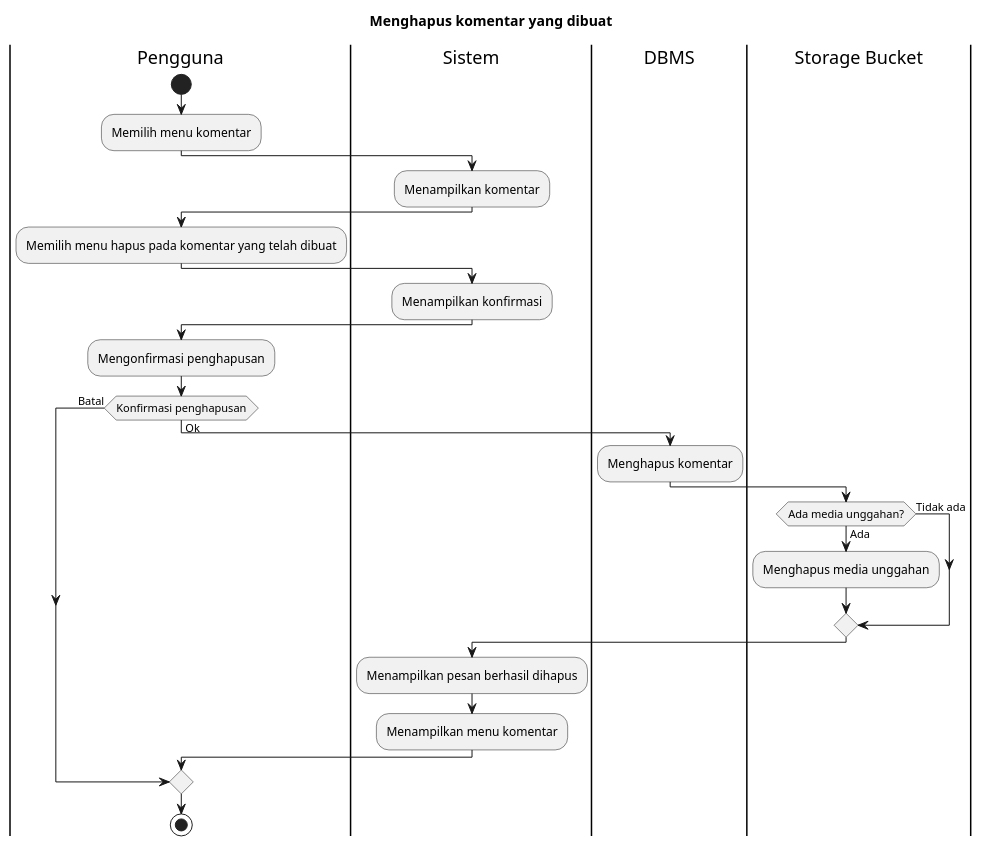
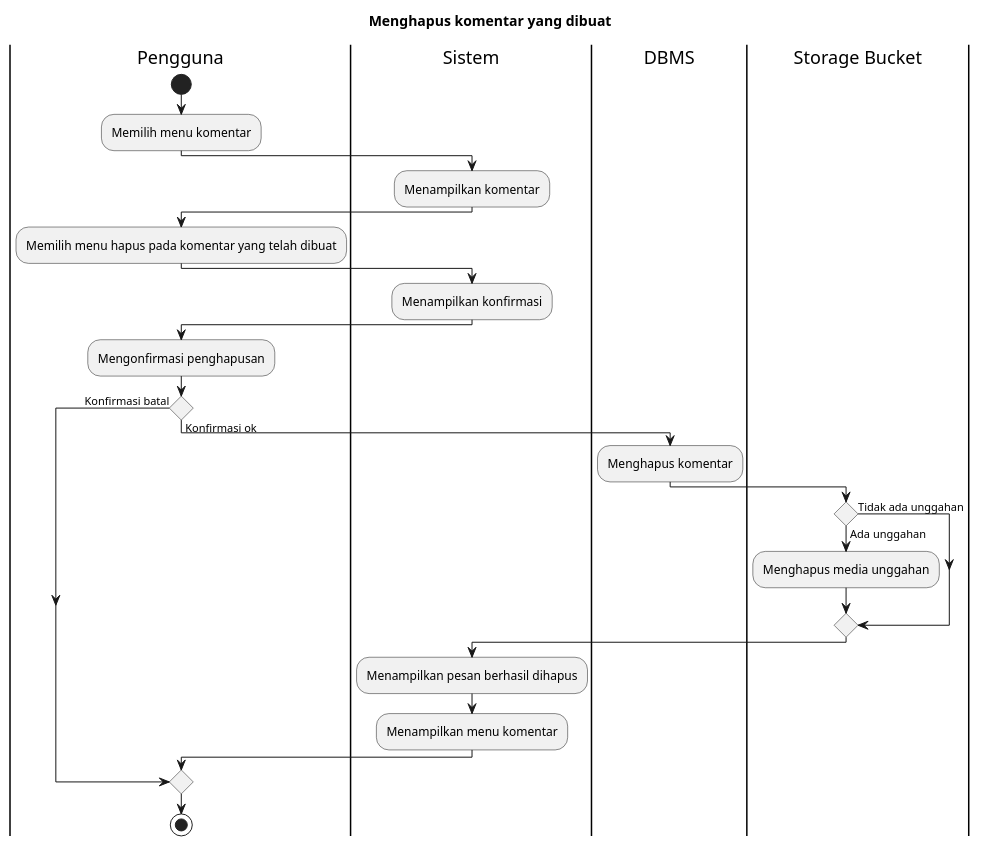
One commit to bagusNA/appl-diagrams changed the diagram in Activity Diagrams/UC-MAP - Peta Bencana/UC-MAP-014 - Menghapus komentar yang telah dibuat.puml. Above: the diagram before and after it, drawn with PlantUML. The commit also changed 35 other files, not shown here.

```diff
--- a/Activity Diagrams/UC-MAP - Peta Bencana/UC-MAP-014 - Menghapus komentar yang telah dibuat.puml
+++ b/Activity Diagrams/UC-MAP - Peta Bencana/UC-MAP-014 - Menghapus komentar yang telah dibuat.puml
@@ -1,40 +1,40 @@
 @startuml UC-MAP-014 - Menghapus komentar yang dibuat 
 
 title Menghapus komentar yang dibuat
  
 |Pengguna|
 start
 :Memilih menu komentar;
 
 |Sistem|
 :Menampilkan komentar;
 
 |Pengguna|
 :Memilih menu hapus pada komentar yang telah dibuat;
 
 |Sistem|
 :Menampilkan konfirmasi;
 
 |Pengguna|
 :Mengonfirmasi penghapusan;
 
-if (Konfirmasi penghapusan) then (Ok)
+if () then (Konfirmasi ok)
   |DBMS|
   :Menghapus komentar;
 
   |Storage Bucket|
-  if (Ada media unggahan?) then (Tidak ada)
-  else (Ada)
+  if () then (Tidak ada unggahan)
+  else (Ada unggahan)
   :Menghapus media unggahan;
   endif
 
   |Sistem|
   :Menampilkan pesan berhasil dihapus;
   :Menampilkan menu komentar;
-else (Batal)
+else (Konfirmasi batal)
 endif
 
 |Pengguna|
 stop
 
 @enduml
```
